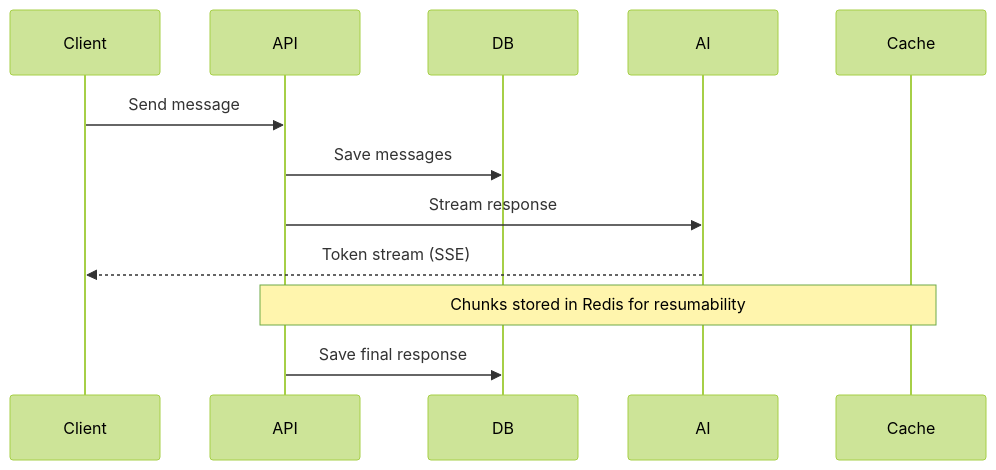
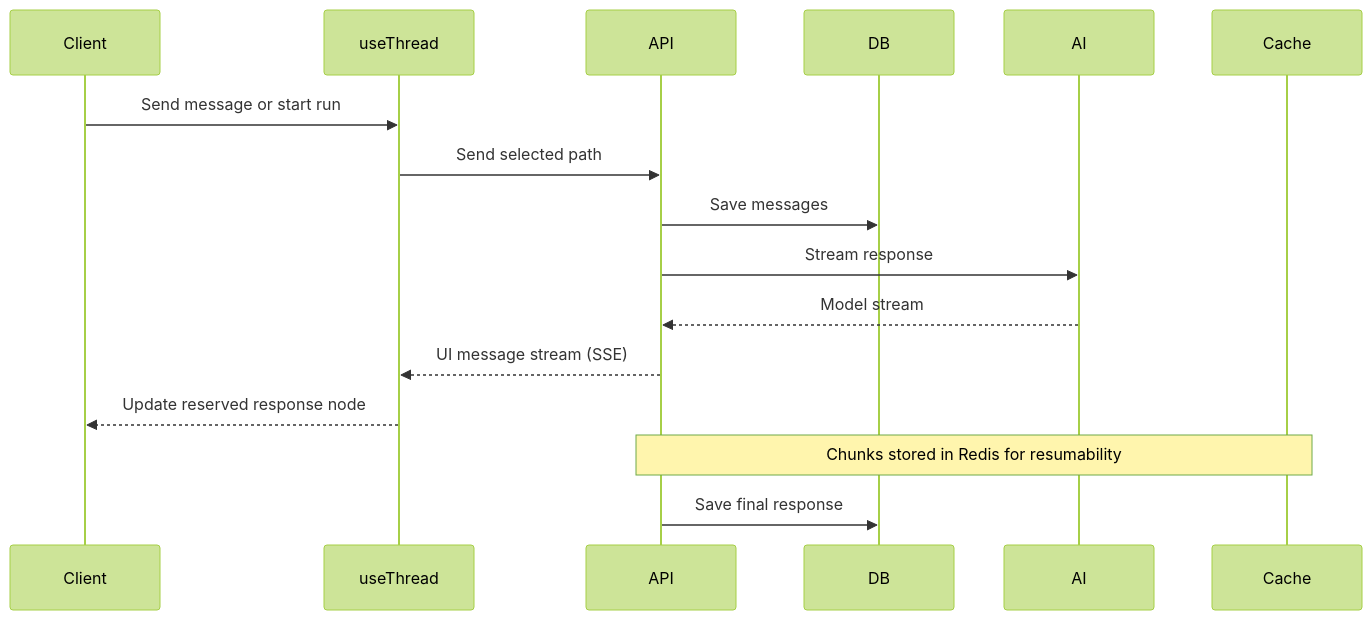
One commit to warklp/chat-js changed the second of 2 diagrams in apps/docs/core/architecture.mdx. Above: the diagram before and after it, drawn with Mermaid (forest theme). The commit also changed other lines of this file and 7 other files, not shown here.

````diff
--- a/apps/docs/core/architecture.mdx
+++ b/apps/docs/core/architecture.mdx
@@ -31,9 +32,18 @@
 ```mermaid
 sequenceDiagram
-    Client->>API: Send message
+    participant Client
+    participant Thread as useThread
+    participant API
+    participant DB
+    participant AI
+    participant Cache
+    Client->>Thread: Send message or start run
+    Thread->>API: Send selected path
     API->>DB: Save messages
     API->>AI: Stream response
-    AI-->>Client: Token stream (SSE)
+    AI-->>API: Model stream
+    API-->>Thread: UI message stream (SSE)
+    Thread-->>Client: Update reserved response node
     Note over API,Cache: Chunks stored in Redis for resumability
     API->>DB: Save final response
 ```
````
